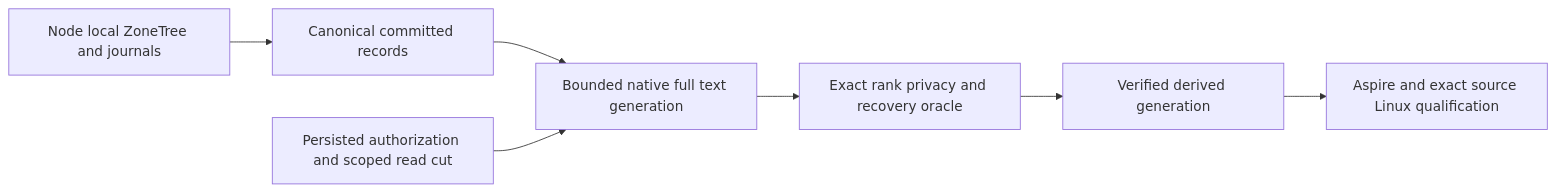
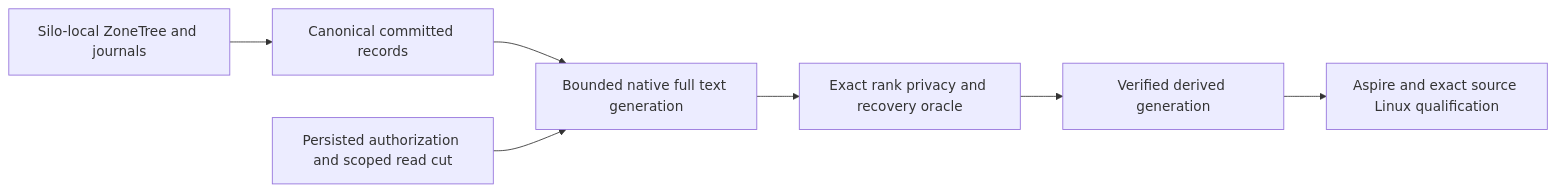
Before and after one commit to managedcode/KeyLoad: the diagram in docs/ADR/ADR-071-canonical-zonetree-providers.md, drawn with Mermaid. The commit also changed other lines of this file and 7356 other files, not shown here.

````diff
--- a/docs/ADR/ADR-071-canonical-zonetree-providers.md
+++ b/docs/ADR/ADR-071-canonical-zonetree-providers.md
@@ -56,9 +44,9 @@
 ```mermaid
 flowchart LR
-    Owner[Node local ZoneTree and journals] --> Records[Canonical committed records]
+    Owner[Silo-local ZoneTree and journals] --> Records[Canonical committed records]
     Records --> Projection[Bounded native full text generation]
     Policy[Persisted authorization and scoped read cut] --> Projection
     Projection --> Verify[Exact rank privacy and recovery oracle]
     Verify --> Publish[Verified derived generation]
     Publish --> Proof[Aspire and exact source Linux qualification]
 ```
````
